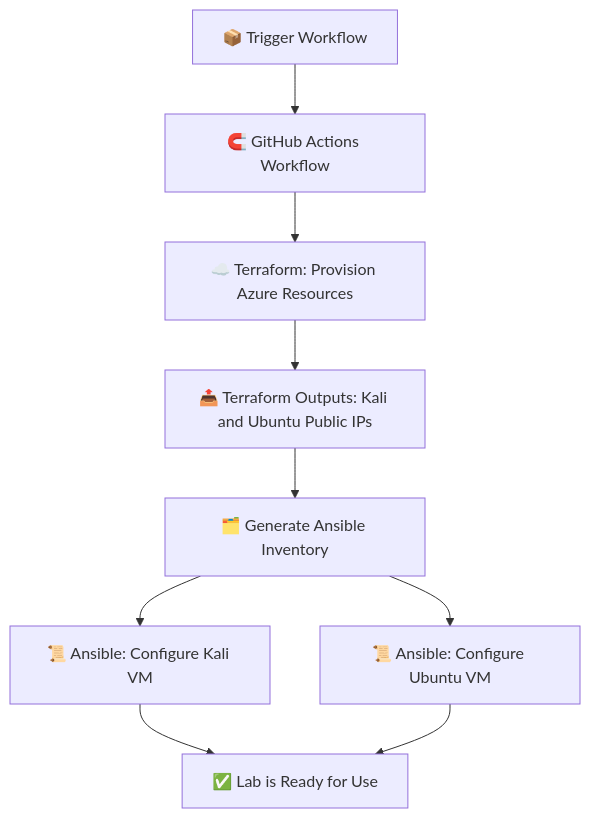
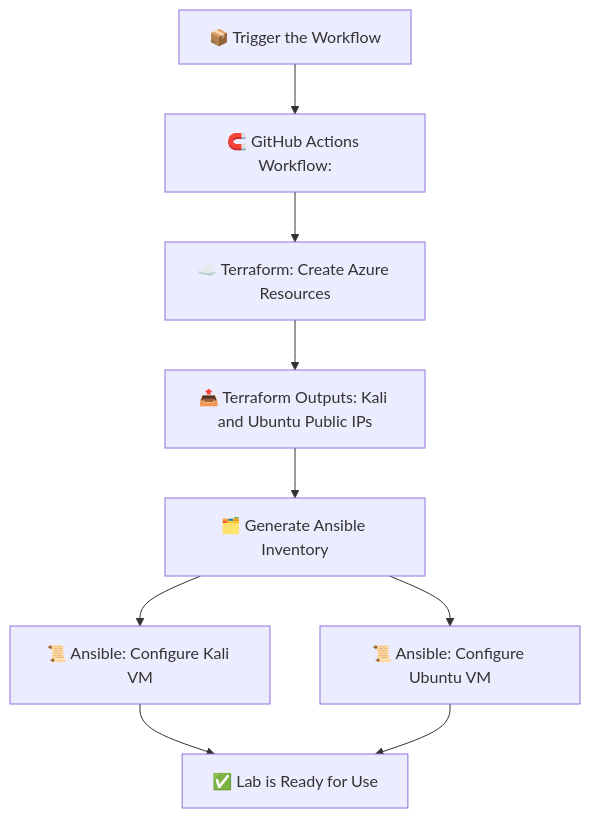
Before and after one commit to a0sanab/Basic-Attack-Simulation-and-Detection: the diagram in README.md, drawn with Mermaid.

````diff
--- a/README.md
+++ b/README.md
@@ -197,10 +197,10 @@
 ```mermaid
 graph TD
-  A[📦 Trigger Workflow] --> B[🧲 GitHub Actions Workflow]
-  B --> C[☁️ Terraform: Provision Azure Resources]
+  A[📦 Trigger the Workflow] --> B[🧲 GitHub Actions Workflow:]
+  B --> C[☁️ Terraform: Create Azure Resources]
   C --> D[📤 Terraform Outputs: Kali and Ubuntu Public IPs]
   D --> E[🗂️ Generate Ansible Inventory]
   E --> F[📜 Ansible: Configure Kali VM]
   E --> G[📜 Ansible: Configure Ubuntu VM]
   F & G --> H[✅ Lab is Ready for Use]
 ```
````
